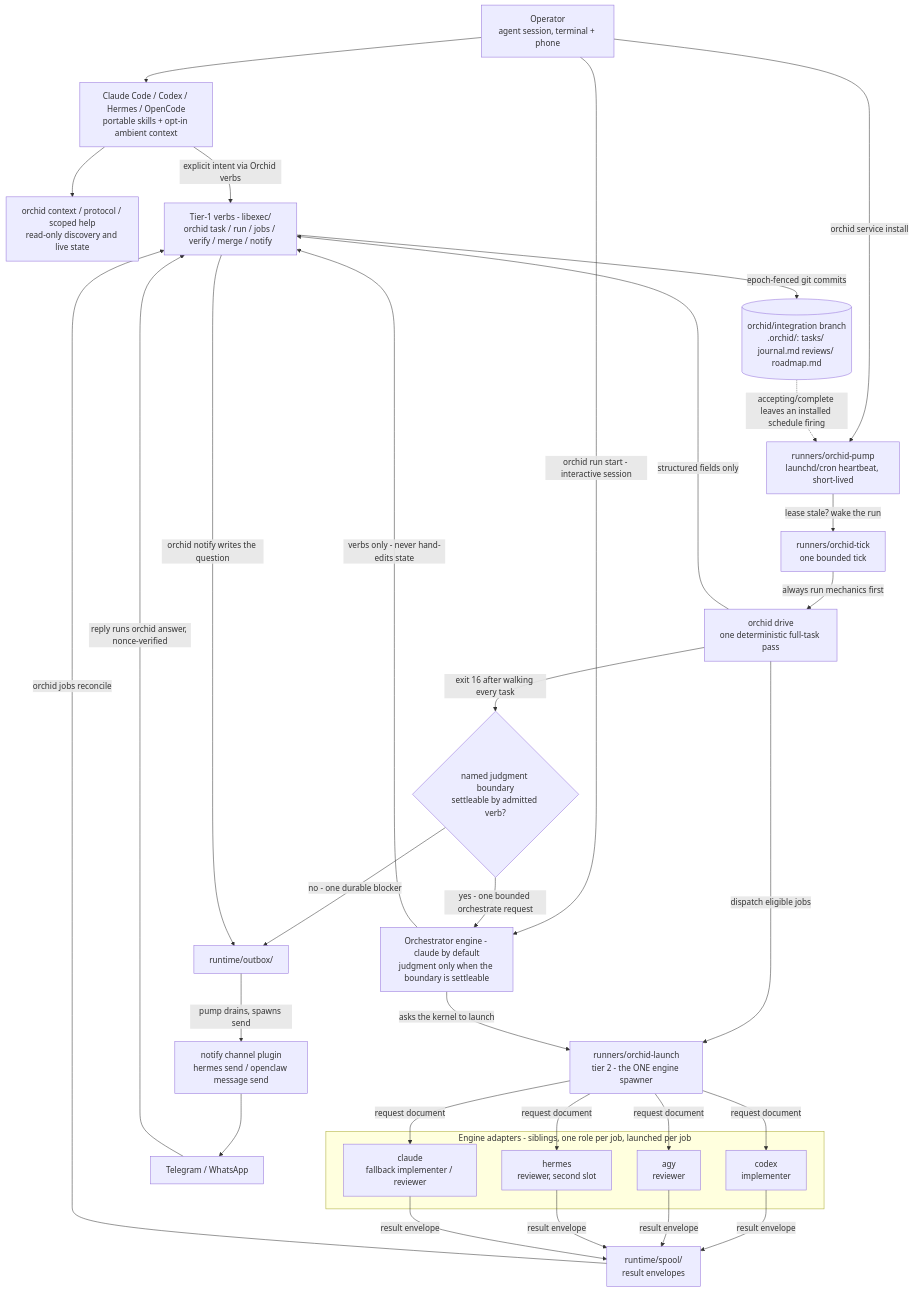
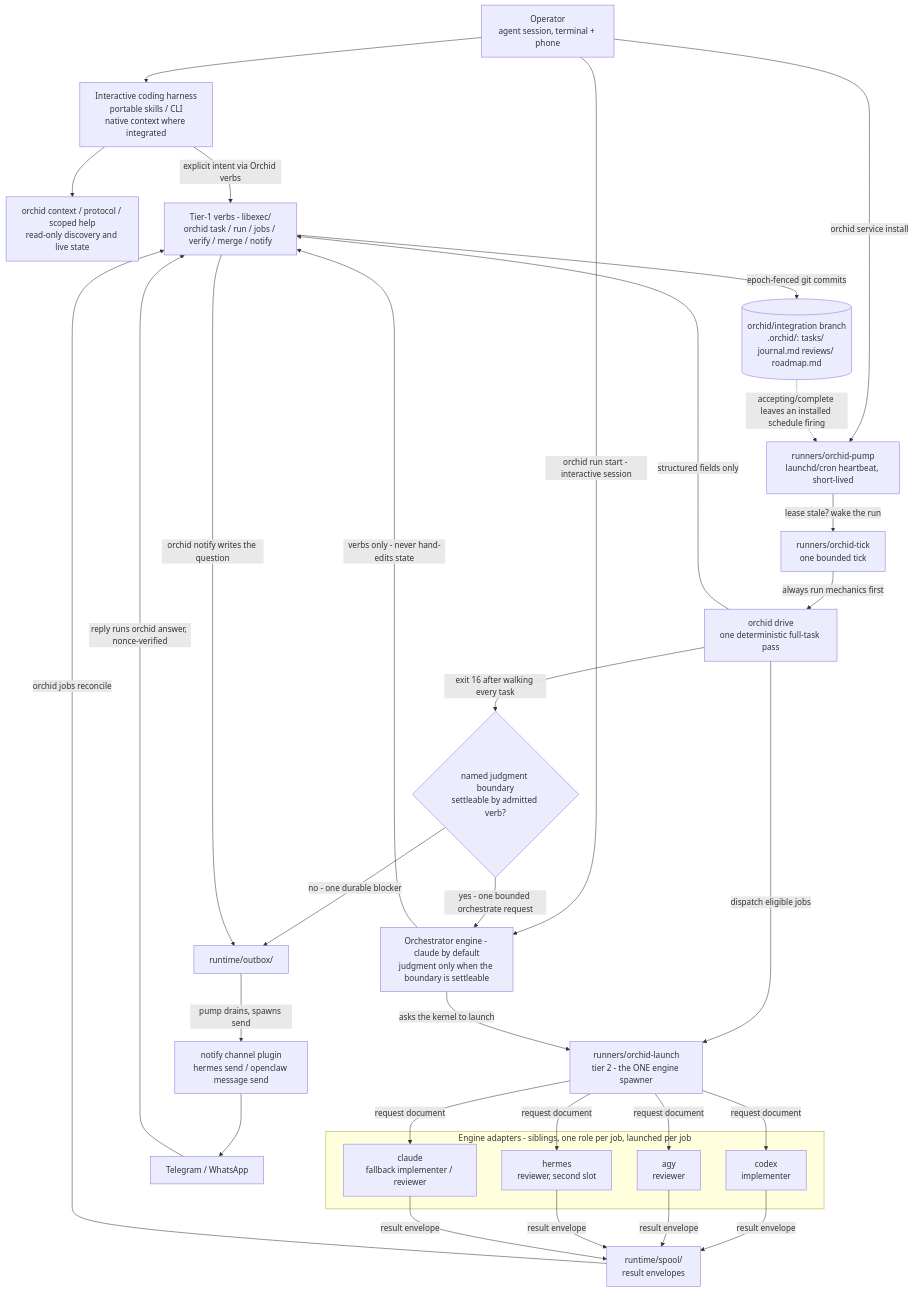
The first of 5 diagrams in docs/architecture.md (bilal-/orchid), drawn with Mermaid before and after one commit. The commit also changed other lines of this file and 48 other files, not shown here.

Commit message:
Add revision-safe graph and contract foundations

````diff
--- a/docs/architecture.md
+++ b/docs/architecture.md
@@ -29,54 +64,54 @@
 ```mermaid
 flowchart TD
     OP["Operator<br/>agent session, terminal + phone"]
-    HOST["Claude Code / Codex / Hermes / OpenCode<br/>portable skills + opt-in ambient context"]
+    HOST["Interactive coding harness<br/>portable skills / CLI<br/>native context where integrated"]
     CONTEXT["orchid context / protocol / scoped help<br/>read-only discovery and live state"]
     PUMP["runners/orchid-pump<br/>launchd/cron heartbeat, short-lived"]
     TICK["runners/orchid-tick<br/>one bounded tick"]
     DRIVE["orchid drive<br/>one deterministic full-task pass"]
     BOUNDARY{"named judgment boundary<br/>settleable by admitted verb?"}
     ORCH["Orchestrator engine - claude by default<br/>judgment only when the boundary is settleable"]
     VERBS["Tier-1 verbs - libexec/<br/>orchid task / run / jobs / verify / merge / notify"]
     LAUNCH["runners/orchid-launch<br/>tier 2 - the ONE engine spawner"]
     subgraph ENGINES["Engine adapters - siblings, one role per job, launched per job"]
         COD["codex<br/>implementer"]
         AGY["agy<br/>reviewer"]
         HER["hermes<br/>reviewer, second slot"]
         CLA["claude<br/>fallback implementer / reviewer"]
     end
     SPOOL["runtime/spool/<br/>result envelopes"]
     STATE[("orchid/integration branch<br/>.orchid/: tasks/ journal.md reviews/ roadmap.md")]
     OUTBOX["runtime/outbox/"]
     CHAN["notify channel plugin<br/>hermes send / openclaw message send"]
     PHONE["Telegram / WhatsApp"]
 
     OP --> HOST
     HOST --> CONTEXT
     HOST -->|"explicit intent via Orchid verbs"| VERBS
     OP -->|"orchid run start - interactive session"| ORCH
     OP -->|"orchid service install"| PUMP
     PUMP -->|"lease stale? wake the run"| TICK
     TICK -->|"always run mechanics first"| DRIVE
     DRIVE -->|"exit 16 after walking every task"| BOUNDARY
     BOUNDARY -->|"yes - one bounded orchestrate request"| ORCH
     BOUNDARY -->|"no - one durable blocker"| OUTBOX
     DRIVE -->|"structured fields only"| VERBS
     DRIVE -->|"dispatch eligible jobs"| LAUNCH
     ORCH -->|"verbs only - never hand-edits state"| VERBS
     ORCH -->|"asks the kernel to launch"| LAUNCH
     LAUNCH -->|"request document"| COD
     LAUNCH -->|"request document"| AGY
     LAUNCH -->|"request document"| HER
     LAUNCH -->|"request document"| CLA
     COD -->|"result envelope"| SPOOL
     AGY -->|"result envelope"| SPOOL
     HER -->|"result envelope"| SPOOL
     CLA -->|"result envelope"| SPOOL
     SPOOL -->|"orchid jobs reconcile"| VERBS
     VERBS -->|"epoch-fenced git commits"| STATE
     STATE -.->|"accepting/complete leaves an installed schedule firing"| PUMP
     VERBS -->|"orchid notify writes the question"| OUTBOX
     OUTBOX -->|"pump drains, spawns send"| CHAN
     CHAN --> PHONE
     PHONE -->|"reply runs orchid answer, nonce-verified"| VERBS
 ```
````
